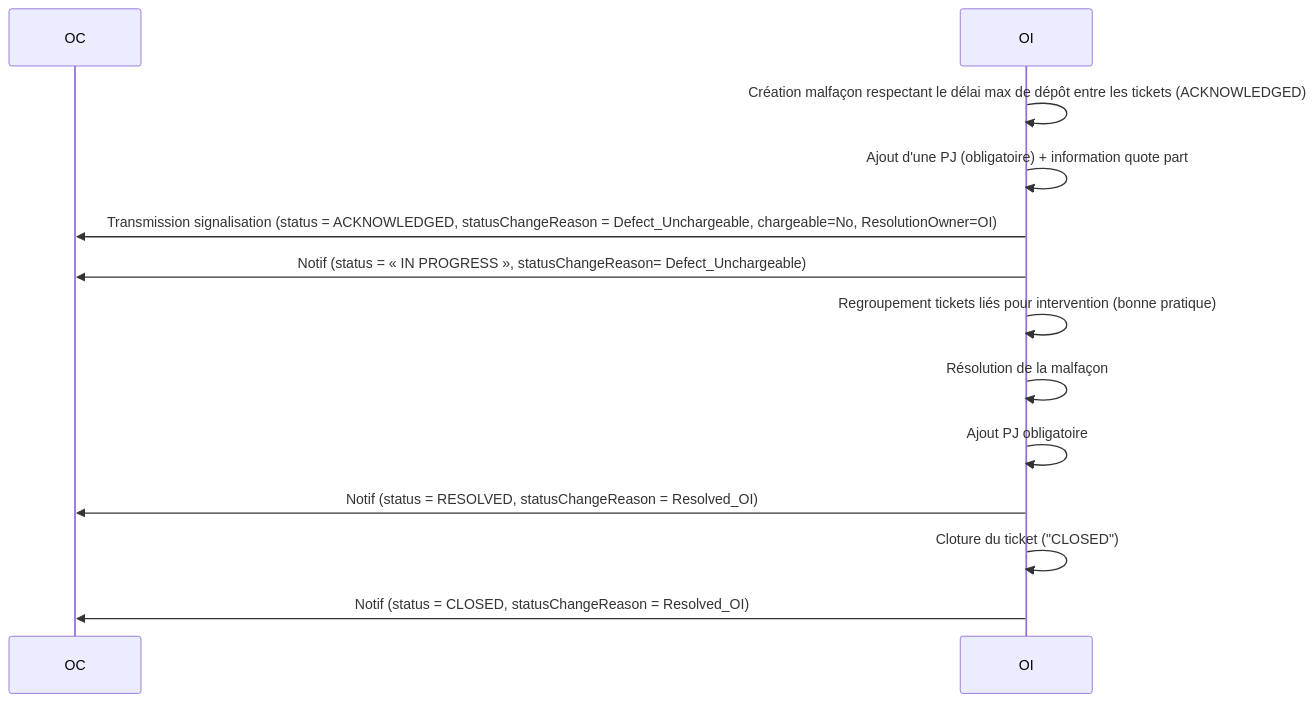
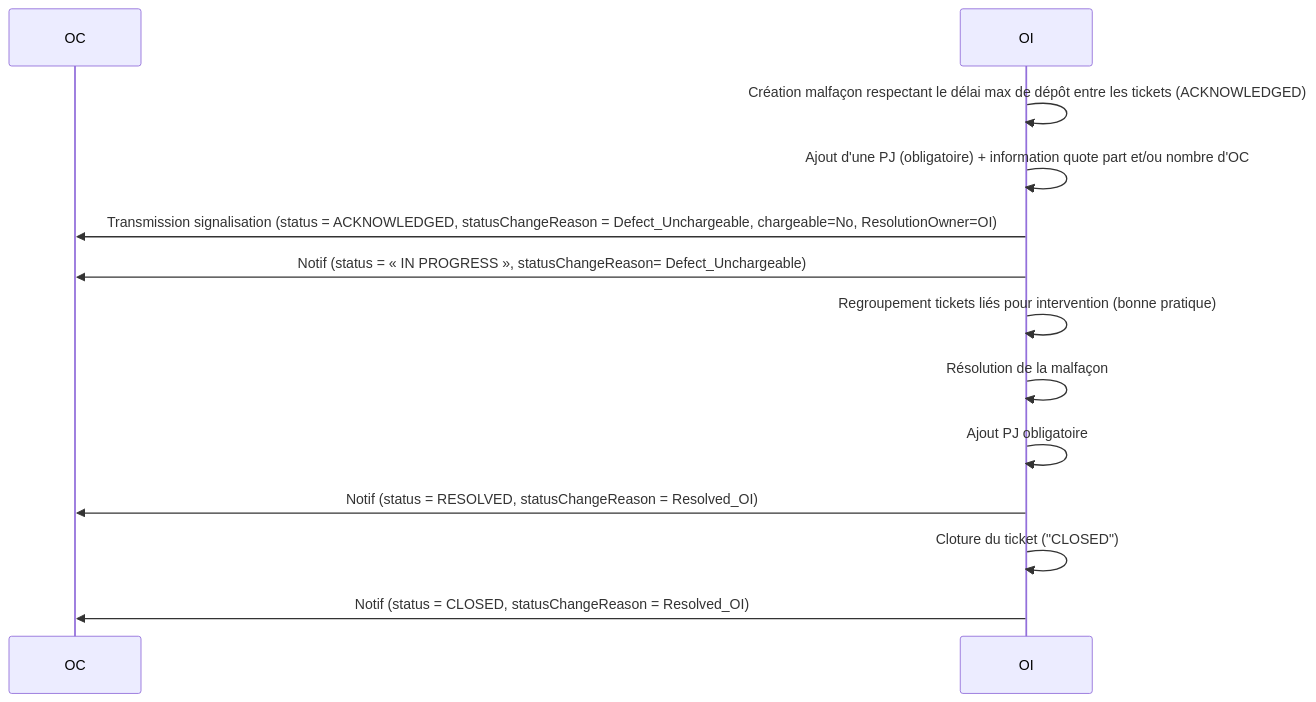
The third of 13 diagrams in README.md (before-interop/malfacon), drawn with Mermaid before and after one commit. The commit also changed other lines of this file and 2 other files, not shown here.

````diff
--- a/README.md
+++ b/README.md
@@ -339,17 +342,17 @@
 ```mermaid
 sequenceDiagram
 
   participant OC
   participant OI
 
   OI->>OI: Création malfaçon respectant le délai max de dépôt entre les tickets (ACKNOWLEDGED)
-  OI->>OI: Ajout d'une PJ (obligatoire) + information quote part
+  OI->>OI: Ajout d'une PJ (obligatoire) + information quote part et/ou nombre d'OC
   OI->>OC: Transmission signalisation (status = ACKNOWLEDGED, statusChangeReason = Defect_Unchargeable, chargeable=No, ResolutionOwner=OI)
   OI->>OC: Notif (status = « IN PROGRESS », statusChangeReason= Defect_Unchargeable)
   OI->>OI: Regroupement tickets liés pour intervention (bonne pratique)
   OI->>OI: Résolution de la malfaçon
   OI->>OI: Ajout PJ obligatoire
   OI->>OC: Notif (status = RESOLVED, statusChangeReason = Resolved_OI)
   OI->>OI: Cloture du ticket ("CLOSED")
   OI->>OC: Notif (status = CLOSED, statusChangeReason = Resolved_OI)
 ```
````
